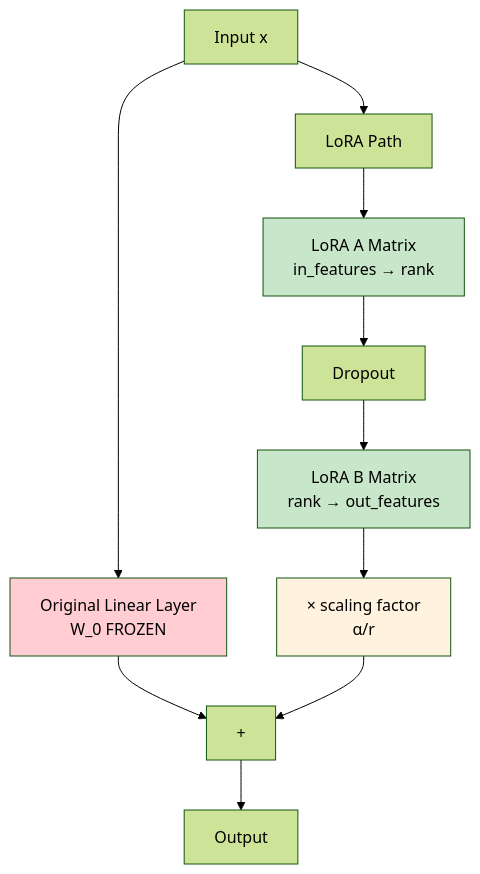
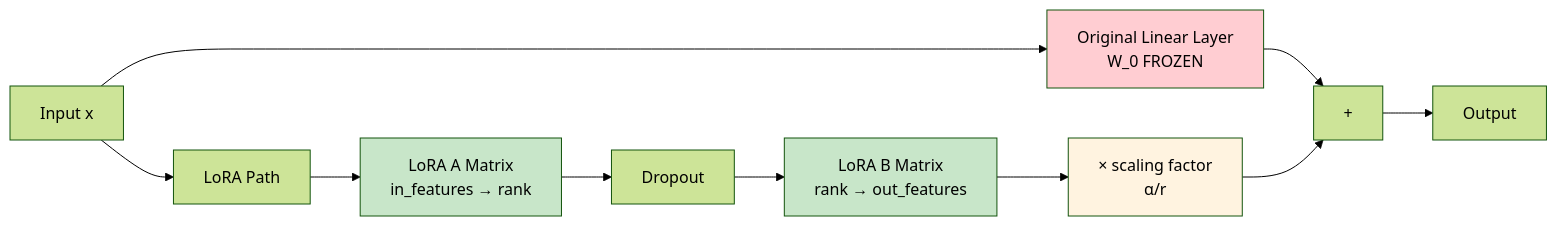
One commit to ZacCarrico/vjepa2 changed the fifth of 6 diagrams in lora_architecture_diagrams.md. Above: the diagram before and after it, drawn with Mermaid (forest theme). The commit also changed other lines of this file, not shown here.

Commit message:
make mermaid diagrams go left-to-right

````diff
--- a/lora_architecture_diagrams.md
+++ b/lora_architecture_diagrams.md
@@ -110,19 +116,19 @@
 ```mermaid
-graph TD
+graph LR
     A[Input x] --> B[Original Linear Layer<br/>W_0 FROZEN]
     A --> C[LoRA Path]
 
     C --> D[LoRA A Matrix<br/>in_features → rank]
     D --> E[Dropout]
     E --> F[LoRA B Matrix<br/>rank → out_features]
     F --> G[× scaling factor<br/>α/r]
 
     B --> H[+]
     G --> H
     H --> I[Output]
 
     style B fill:#ffcdd2
     style D fill:#c8e6c9
     style F fill:#c8e6c9
     style G fill:#fff3e0
 ```
````
